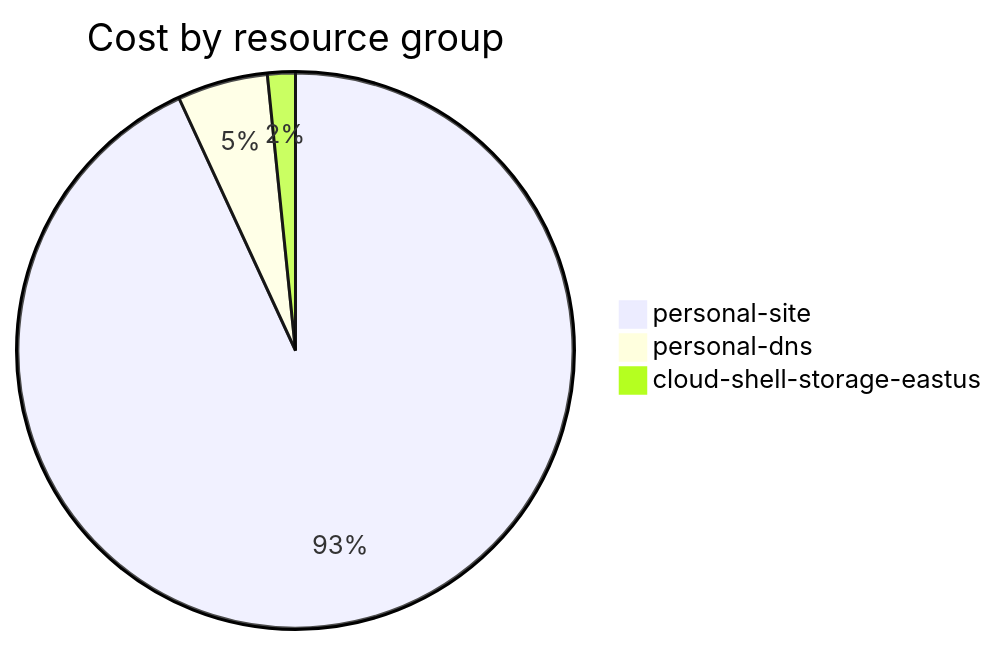
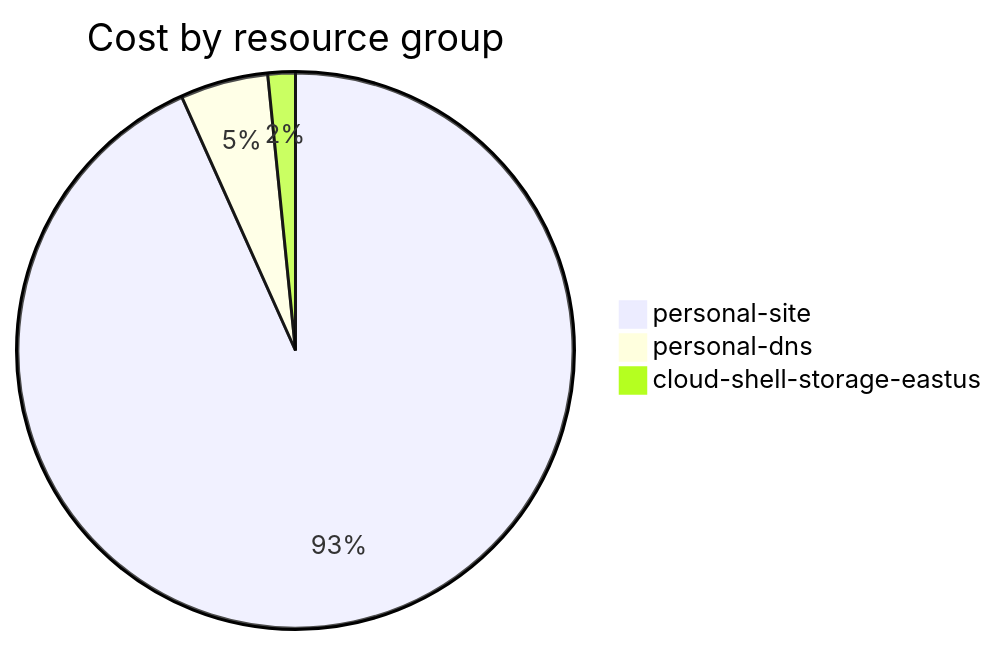
Before and after one commit to jpfulton/azure-personal-reports: the fourth of 4 diagrams in cost-reports/accumulated-cost.md, drawn with Mermaid. The commit also changed other lines of this file and 4 other files, not shown here.

````diff
--- a/cost-reports/accumulated-cost.md
+++ b/cost-reports/accumulated-cost.md
@@ -143,7 +143,7 @@
 ```mermaid
 pie
    title Cost by resource group
-   "personal-site" : 2.30
-   "personal-dns" : 0.13
-   "cloud-shell-storage-eastus" : 0.04
+   "personal-site" : 2.92
+   "personal-dns" : 0.16
+   "cloud-shell-storage-eastus" : 0.05
 ```
````
